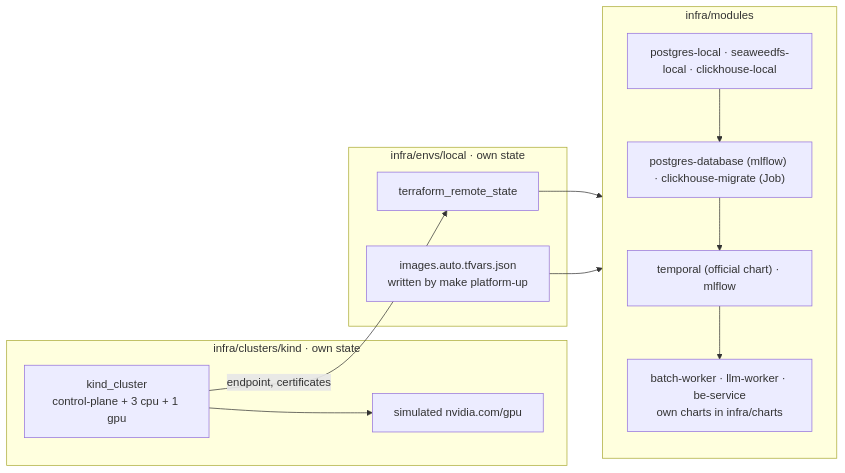
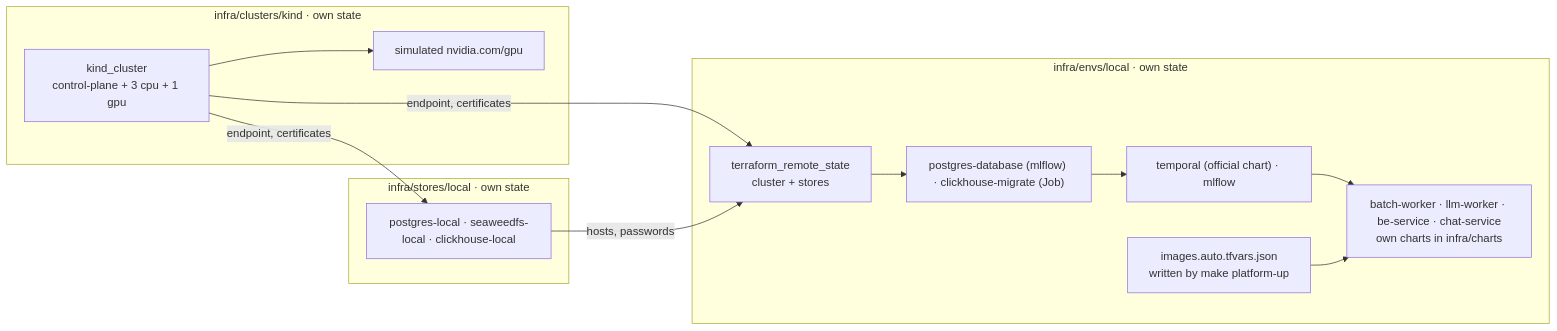
One commit to Rune28/ml-golden-stack-public changed the second of 2 diagrams in README.md. Above: the diagram before and after it, drawn with Mermaid. The commit also changed other lines of this file and 65 other files, not shown here.

Commit message:
Document graph: Data Vault documents, chunk keywords, topic answers in chat

````diff
--- a/README.md
+++ b/README.md
@@ -117,25 +118,26 @@
 ```mermaid
 flowchart LR
     subgraph c["infra/clusters/kind · own state"]
         kindc["kind_cluster<br/>control-plane + 3 cpu + 1 gpu"]
         gpun["simulated nvidia.com/gpu"]
     end
 
-    subgraph e["infra/envs/local · own state"]
-        rs["terraform_remote_state"]
-        imgs["images.auto.tfvars.json<br/>written by make platform-up"]
+    subgraph s["infra/stores/local · own state"]
+        data["postgres-local · seaweedfs-local · clickhouse-local"]
     end
 
-    subgraph m["infra/modules"]
-        direction TB
-        data["postgres-local · seaweedfs-local · clickhouse-local"]
+    subgraph e["infra/envs/local · own state"]
+        rs["terraform_remote_state<br/>cluster + stores"]
+        imgs["images.auto.tfvars.json<br/>written by make platform-up"]
         schema["postgres-database (mlflow) · clickhouse-migrate (Job)"]
         svc["temporal (official chart) · mlflow"]
-        apps["batch-worker · llm-worker · be-service<br/>own charts in infra/charts"]
+        apps["batch-worker · llm-worker · be-service · chat-service<br/>own charts in infra/charts"]
     end
 
     kindc --> gpun
+    kindc -- "endpoint, certificates" --> data
     kindc -- "endpoint, certificates" --> rs
-    rs --> data --> schema --> svc --> apps
+    data -- "hosts, passwords" --> rs
+    rs --> schema --> svc --> apps
     imgs --> apps
 ```
````
